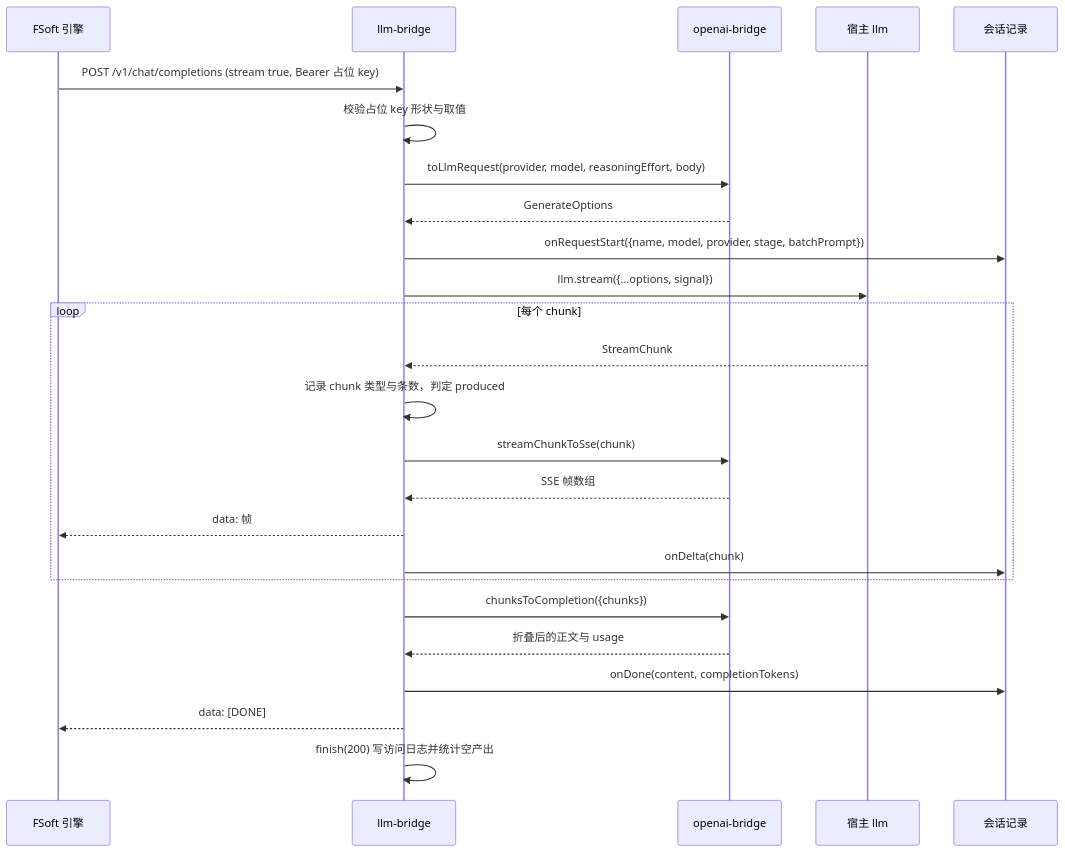
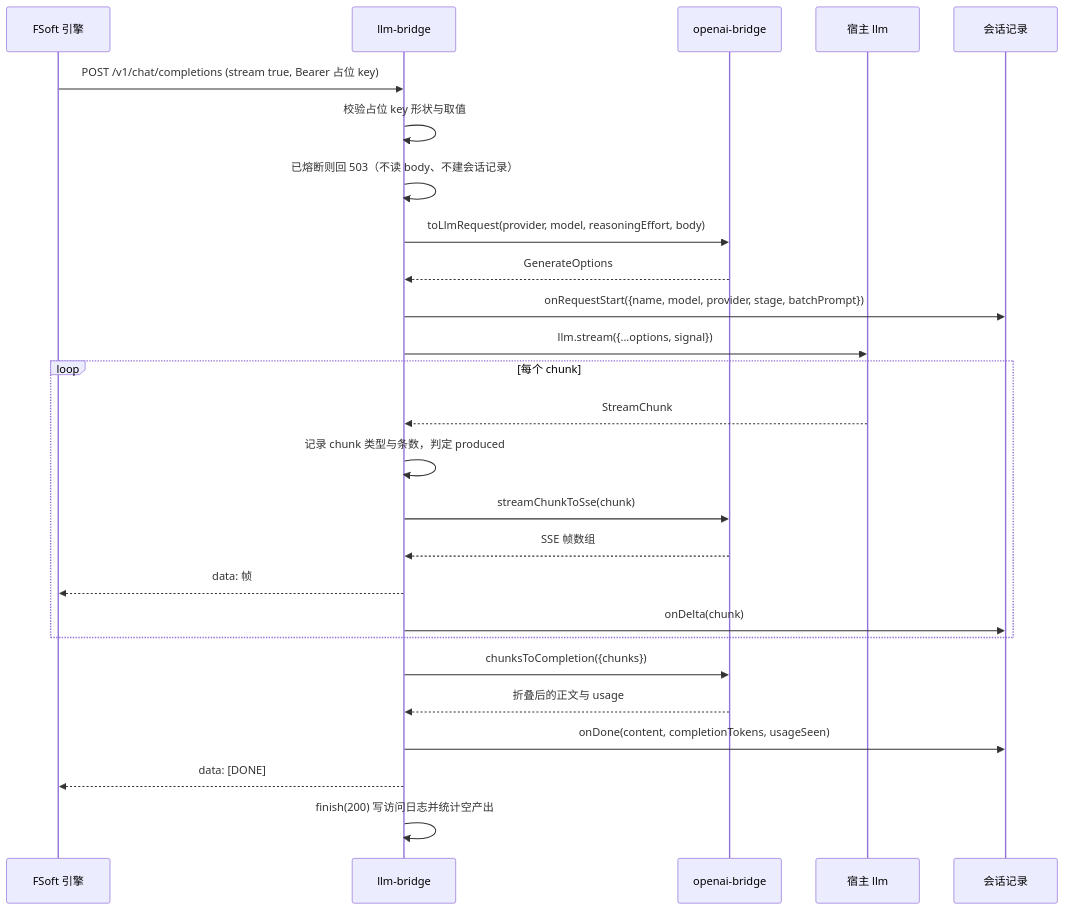
One commit to ikliml666/dsh-codewiki changed the third of 4 diagrams in .codewiki/_native-state/docs/Documentation_Generation_Engine/engine-core/engine-integrations.md. Above: the diagram before and after it, drawn with Mermaid. The commit also changed other lines of this file and 47 other files, not shown here.

````diff
--- a/.codewiki/_native-state/docs/Documentation_Generation_Engine/engine-core/engine-integrations.md
+++ b/.codewiki/_native-state/docs/Documentation_Generation_Engine/engine-core/engine-integrations.md
@@ -165,27 +168,28 @@
 ```mermaid
 sequenceDiagram
     participant E as FSoft 引擎
     participant B as llm-bridge
     participant O as openai-bridge
     participant L as 宿主 llm
     participant S as 会话记录
     E->>B: POST /v1/chat/completions (stream true, Bearer 占位 key)
     B->>B: 校验占位 key 形状与取值
+    B->>B: 已熔断则回 503（不读 body、不建会话记录）
     B->>O: toLlmRequest(provider, model, reasoningEffort, body)
     O-->>B: GenerateOptions
     B->>S: onRequestStart({name, model, provider, stage, batchPrompt})
     B->>L: llm.stream({...options, signal})
     loop 每个 chunk
         L-->>B: StreamChunk
         B->>B: 记录 chunk 类型与条数，判定 produced
         B->>O: streamChunkToSse(chunk)
         O-->>B: SSE 帧数组
         B-->>E: data: 帧
         B->>S: onDelta(chunk)
     end
     B->>O: chunksToCompletion({chunks})
     O-->>B: 折叠后的正文与 usage
-    B->>S: onDone(content, completionTokens)
+    B->>S: onDone(content, completionTokens, usageSeen)
     B-->>E: data: [DONE]
     B->>B: finish(200) 写访问日志并统计空产出
 ```
````
